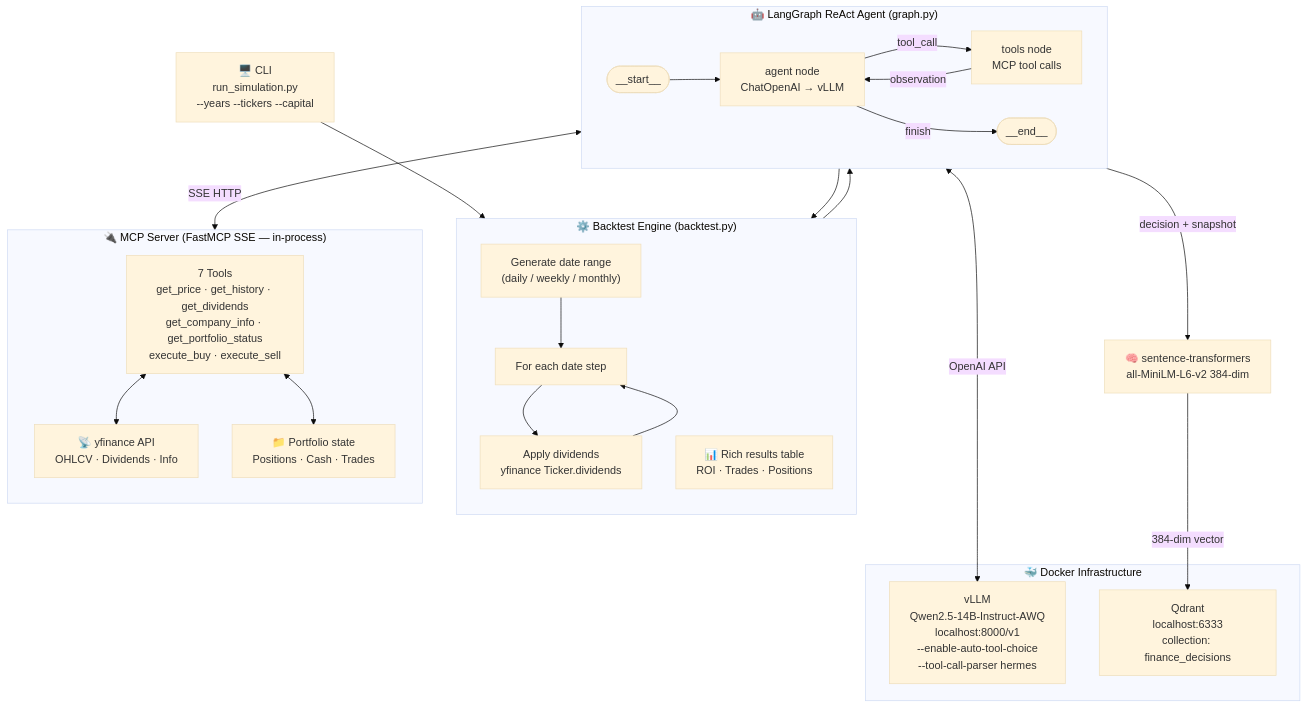
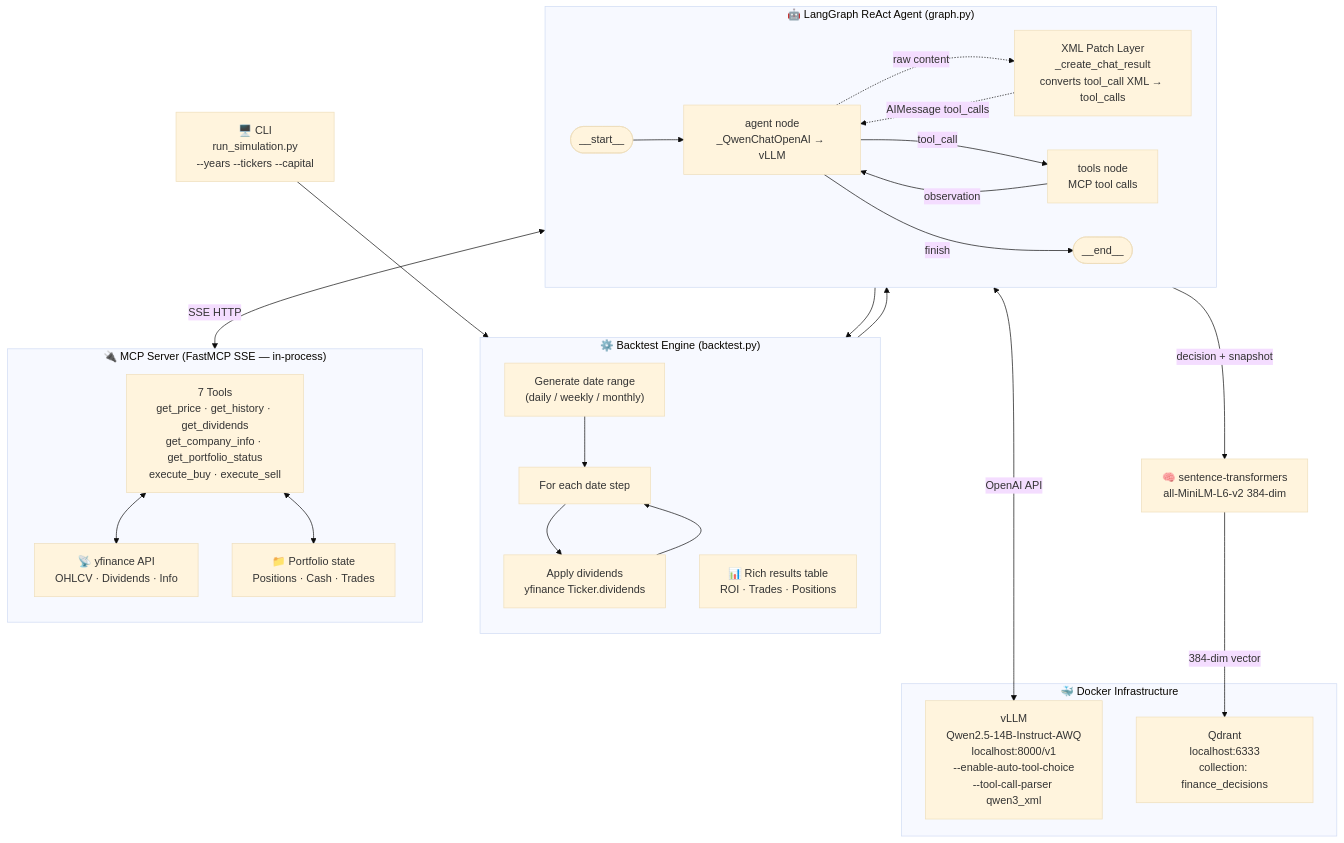
The first of 2 diagrams in README.md (RodrigoGoni/mcp-trading-agent), drawn with Mermaid (base theme) before and after one commit. The commit also changed other lines of this file, not shown here.

Commit message:
docs: update README for 14B model, qwen3_xml parser, XML patch layer and --reset flag

````diff
--- a/README.md
+++ b/README.md
@@ -93,53 +94,56 @@
 ```mermaid
 flowchart TD
     CLI["🖥️ CLI\nrun_simulation.py\n--years --tickers --capital"]
 
     subgraph backtest["⚙️ Backtest Engine (backtest.py)"]
         direction TB
         DATES["Generate date range\n(daily / weekly / monthly)"]
         DIV["Apply dividends\nyfinance Ticker.dividends"]
         LOOP["For each date step"]
         RESULTS["📊 Rich results table\nROI · Trades · Positions"]
     end
 
     subgraph mcp["🔌 MCP Server (FastMCP SSE — in-process)"]
         direction TB
         TOOLS["7 Tools\nget_price · get_history · get_dividends\nget_company_info · get_portfolio_status\nexecute_buy · execute_sell"]
         PORTFOLIO["📁 Portfolio state\nPositions · Cash · Trades"]
         YF["📡 yfinance API\nOHLCV · Dividends · Info"]
     end
 
     subgraph langgraph["🤖 LangGraph ReAct Agent (graph.py)"]
         direction LR
         START(["__start__"])
-        AGENT["agent node\nChatOpenAI → vLLM"]
+        AGENT["agent node\n_QwenChatOpenAI → vLLM"]
+        PATCH["XML Patch Layer\n_create_chat_result\nconverts tool_call XML → tool_calls"]
         TOOLNODE["tools node\nMCP tool calls"]
         END(["__end__"])
         START --> AGENT
+        AGENT -.->|raw content| PATCH
+        PATCH -.->|AIMessage tool_calls| AGENT
         AGENT -->|tool_call| TOOLNODE
         TOOLNODE -->|observation| AGENT
         AGENT -->|finish| END
     end
 
     subgraph infra["🐳 Docker Infrastructure"]
-        VLLM["vLLM\nQwen2.5-14B-Instruct-AWQ\nlocalhost:8000/v1\n--enable-auto-tool-choice\n--tool-call-parser hermes"]
+        VLLM["vLLM\nQwen2.5-14B-Instruct-AWQ\nlocalhost:8000/v1\n--enable-auto-tool-choice\n--tool-call-parser qwen3_xml"]
         QDRANT["Qdrant\nlocalhost:6333\ncollection: finance_decisions"]
     end
 
     EMBED["🧠 sentence-transformers\nall-MiniLM-L6-v2 384-dim"]
 
     CLI --> DATES
     DATES --> LOOP
     LOOP --> DIV
     DIV --> LOOP
     LOOP --> langgraph
     langgraph --> RESULTS
 
     AGENT <-->|OpenAI API| VLLM
     TOOLNODE <-->|SSE HTTP| mcp
     TOOLS <--> YF
     TOOLS <--> PORTFOLIO
 
     langgraph -->|decision + snapshot| EMBED
     EMBED -->|384-dim vector| QDRANT
 ```
````
